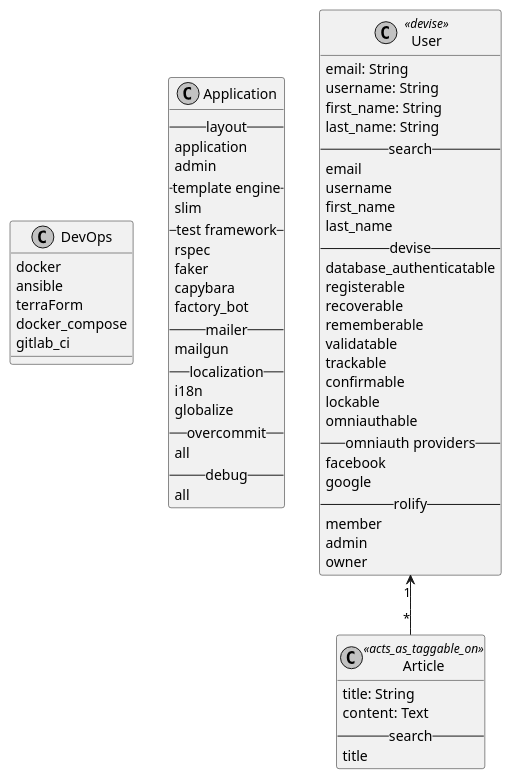
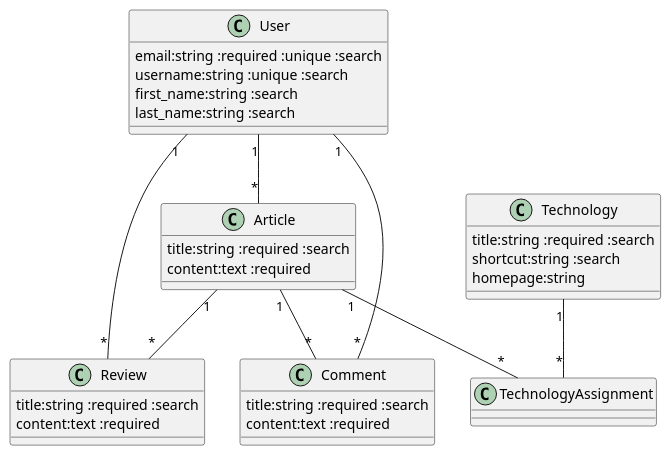
The diagram in docs/model.md (jrcech/rails_template), drawn with PlantUML before and after one commit. The commit also changed other lines of this file and 4 other files, not shown here.

````diff
--- a/docs/model.md
+++ b/docs/model.md
@@ -1,76 +3,43 @@
 ```plantuml
 @startuml
 
-skinparam monochrome true
-skinparam shadowing false
-
-class DevOps {
-  docker
-  ansible
-  terraForm
-  docker_compose
-  gitlab_ci
+class User {
+  email:string :required :unique :search
+  username:string :unique :search
+  first_name:string :search
+  last_name:string :search
 }
 
-class Application {
-  -- layout --
-  application
-  admin
-  -- template engine --
-  slim
-  -- test framework --
-  rspec
-  faker
-  capybara
-  factory_bot
-  -- mailer --
-  mailgun
-  -- localization --
-  i18n
-  globalize
-  -- overcommit --
-  all
-  -- debug --
-  all
+class Article {
+  title:string :required :search
+  content:text :required
 }
 
-class User <<devise>> {
-  email: String
-  username: String
-  first_name: String
-  last_name: String
-  -- search --
-  email
-  username
-  first_name
-  last_name
-  -- devise --
-  database_authenticatable
-  registerable
-  recoverable
-  rememberable
-  validatable
-  trackable
-  confirmable
-  lockable
-  omniauthable
-  -- omniauth providers --
-  facebook
-  google
-  -- rolify --
-  member
-  admin
-  owner
+class Technology {
+  title:string :required :search
+  shortcut:string :search
+  homepage:string
 }
 
-class Article <<acts_as_taggable_on>> {
-  title: String
-  content: Text
-  -- search --
-  title
+class Comment {
+  title:string :required :search
+  content:text :required
 }
 
-User "1" <-- "*" Article
+class Review {
+  title:string :required :search
+  content:text :required
+}
+
+User "1" -- "*" Article
+User "1" -- "*" Review
+User "1" -- "*" Comment
+
+Article "1" -- "*" Review
+Article "1" -- "*" Comment
+
+Article "1" -- "*" TechnologyAssignment
+Technology "1" -- "*" TechnologyAssignment
 
 @enduml
 ```
````
